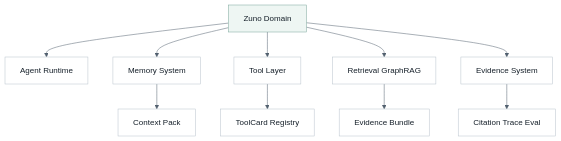
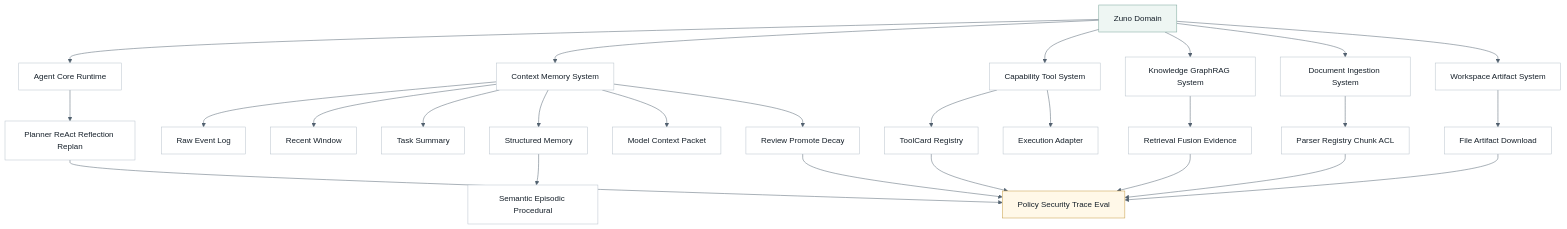
Before and after one commit to ProfessorZhi/Zuno: the sixth of 10 diagrams in docs/architecture.md, drawn with Mermaid. The commit also changed other lines of this file and 27 other files, not shown here.

Commit message:
docs: detail zuno architecture program

````diff
--- a/docs/architecture.md
+++ b/docs/architecture.md
@@ -223,18 +298,36 @@
 ```mermaid
 %%{init: {"theme": "base", "themeVariables": {"background": "#f7f8fb", "lineColor": "#52616f"}}}%%
 flowchart TB
   classDef node fill:#ffffff,stroke:#b8c2cc,stroke-width:1px,color:#16202a;
   classDef accent fill:#eef6f3,stroke:#7aa59a,stroke-width:1px,color:#16202a;
+  classDef guard fill:#fff8e8,stroke:#c59b43,stroke-width:1px,color:#16202a;
 
-  Z["Zuno Domain"]:::accent
-  Z --> RUNTIME["Agent Runtime"]
-  Z --> MEMORY["Memory System"]
-  Z --> TOOL["Tool Layer"]
-  Z --> RET["Retrieval GraphRAG"]
-  Z --> EVID["Evidence System"]
-  MEMORY --> CP["Context Pack"]
-  TOOL --> TC["ToolCard Registry"]
-  RET --> EB["Evidence Bundle"]
-  EVID --> CT["Citation Trace Eval"]
-  class RUNTIME,MEMORY,TOOL,RET,EVID,CP,TC,EB,CT node;
+  DOMAIN["Zuno Domain"]:::accent
+  DOMAIN --> RUNTIME["Agent Core Runtime"]
+  DOMAIN --> MEMORY["Context Memory System"]
+  DOMAIN --> CAPABILITY["Capability Tool System"]
+  DOMAIN --> KNOWLEDGE["Knowledge GraphRAG System"]
+  DOMAIN --> INGESTION["Document Ingestion System"]
+  DOMAIN --> WORKSPACE["Workspace Artifact System"]
+  RUNTIME --> PLAN["Planner ReAct Reflection Replan"]
+  MEMORY --> RAW["Raw Event Log"]
+  MEMORY --> WINDOW["Recent Window"]
+  MEMORY --> SUMMARY["Task Summary"]
+  MEMORY --> STRUCT["Structured Memory"]
+  STRUCT --> TYPES["Semantic Episodic Procedural"]
+  MEMORY --> PACK["Model Context Packet"]
+  MEMORY --> GOV["Review Promote Decay"]
+  CAPABILITY --> CARD["ToolCard Registry"]
+  CAPABILITY --> EXEC["Execution Adapter"]
+  KNOWLEDGE --> RET["Retrieval Fusion Evidence"]
+  INGESTION --> DOC["Parser Registry Chunk ACL"]
+  WORKSPACE --> ART["File Artifact Download"]
+  POLICY["Policy Security Trace Eval"]:::guard
+  PLAN --> POLICY
+  CARD --> POLICY
+  RET --> POLICY
+  DOC --> POLICY
+  ART --> POLICY
+  GOV --> POLICY
+  class RUNTIME,MEMORY,CAPABILITY,KNOWLEDGE,INGESTION,WORKSPACE,PLAN,RAW,WINDOW,SUMMARY,STRUCT,TYPES,PACK,GOV,CARD,EXEC,RET,DOC,ART node;
 ```
````
